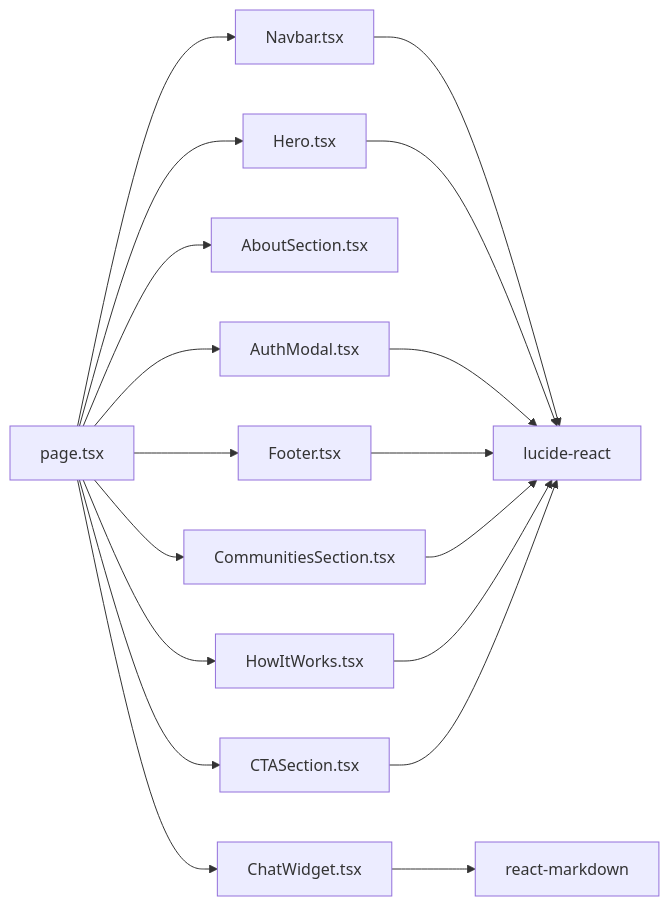
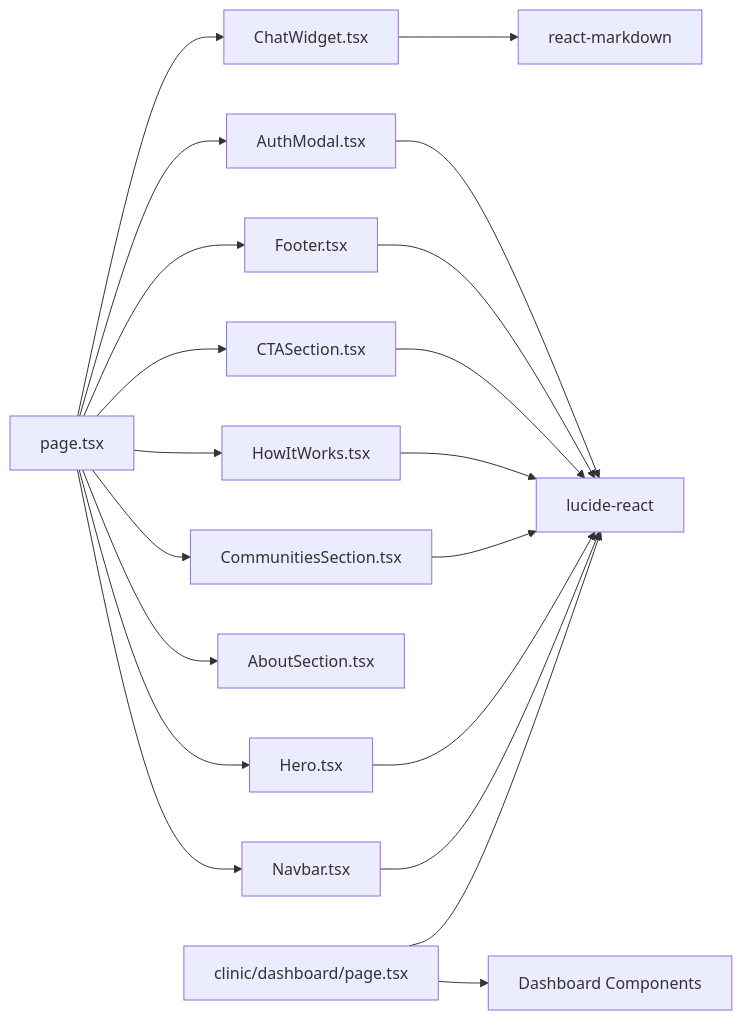
One commit to Javeria-Javaid/ai-powered-pet-healthcare-ecosystem changed the third of 3 diagrams in .qoder/repowiki/en/content/UI Components/UI Components.md. Above: the diagram before and after it, drawn with Mermaid. The commit also changed other lines of this file and 48 other files, not shown here.

````diff
--- a/.qoder/repowiki/en/content/UI Components/UI Components.md
+++ b/.qoder/repowiki/en/content/UI Components/UI Components.md
@@ -262,20 +287,22 @@
 ```mermaid
 graph LR
 P["page.tsx"] --> N["Navbar.tsx"]
 P --> H["Hero.tsx"]
 P --> AS["AboutSection.tsx"]
 P --> CS["CommunitiesSection.tsx"]
 P --> HIW["HowItWorks.tsx"]
 P --> CTA["CTASection.tsx"]
 P --> F["Footer.tsx"]
 P --> AM["AuthModal.tsx"]
 P --> CW["ChatWidget.tsx"]
+CD["clinic/dashboard/page.tsx"] --> DC["Dashboard Components"]
 CW --> RMD["react-markdown"]
 N --> LUC["lucide-react"]
 H --> LUC
 AM --> LUC
 F --> LUC
 CS --> LUC
 HIW --> LUC
 CTA --> LUC
+CD --> LUC
 ```
````
